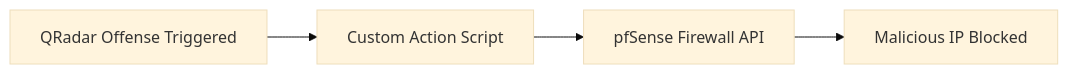
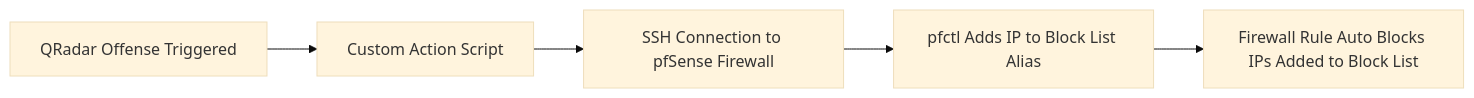
Before and after one commit to TaoTechTips/QRadar-siem-firewall-response: the diagram in README.md, drawn with Mermaid (base theme). The commit also changed other lines of this file, not shown here.

````diff
--- a/README.md
+++ b/README.md
@@ -13,6 +13,7 @@
 ```mermaid
 flowchart LR
     A[QRadar Offense Triggered] --> B[Custom Action Script]
-    B --> C[pfSense Firewall API]
-    C --> D[Malicious IP Blocked]
+    B --> C[SSH Connection to pfSense Firewall]
+    C --> D[pfctl Adds IP to Block List Alias]
+    D --> E[Firewall Rule Auto Blocks IPs Added to Block List]
 ```
````
